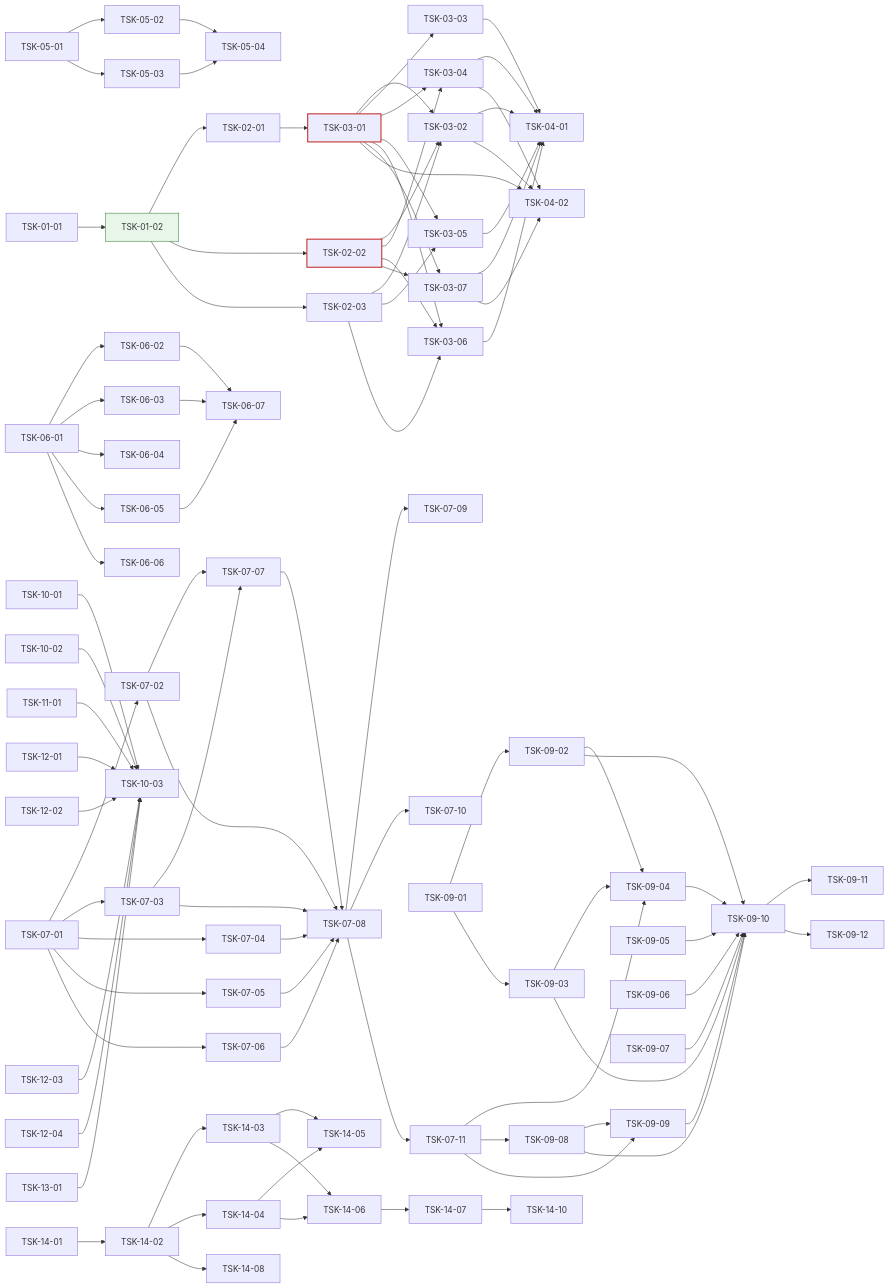
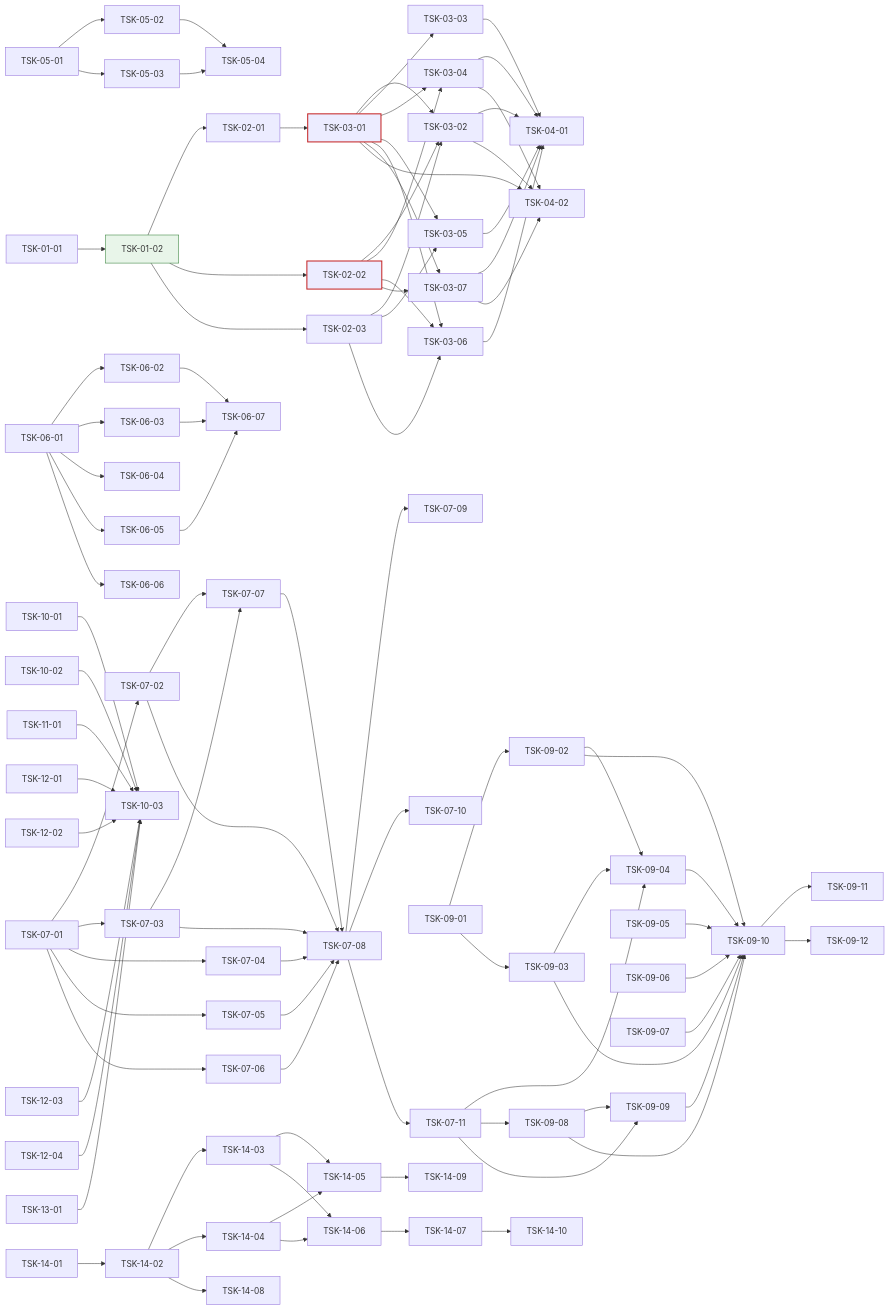
The diagram in docs/oranda1/wbs.md (jongik-sv/oranda), drawn with Mermaid before and after one commit. The commit also changed other lines of this file and 24 other files, not shown here.

```diff
--- a/docs/oranda1/wbs.md
+++ b/docs/oranda1/wbs.md
@@ -1107,6 +1119,7 @@
   TSK-14-06 --> TSK-14-07
   TSK-14-02 --> TSK-14-08
   TSK-14-07 --> TSK-14-10
+  TSK-14-05 --> TSK-14-09
   style TSK-01-02 fill:#e8f5e9,stroke:#2e7d32
   style TSK-03-01 stroke:#c62828,stroke-width:2px
   style TSK-02-02 stroke:#c62828,stroke-width:2px
```
